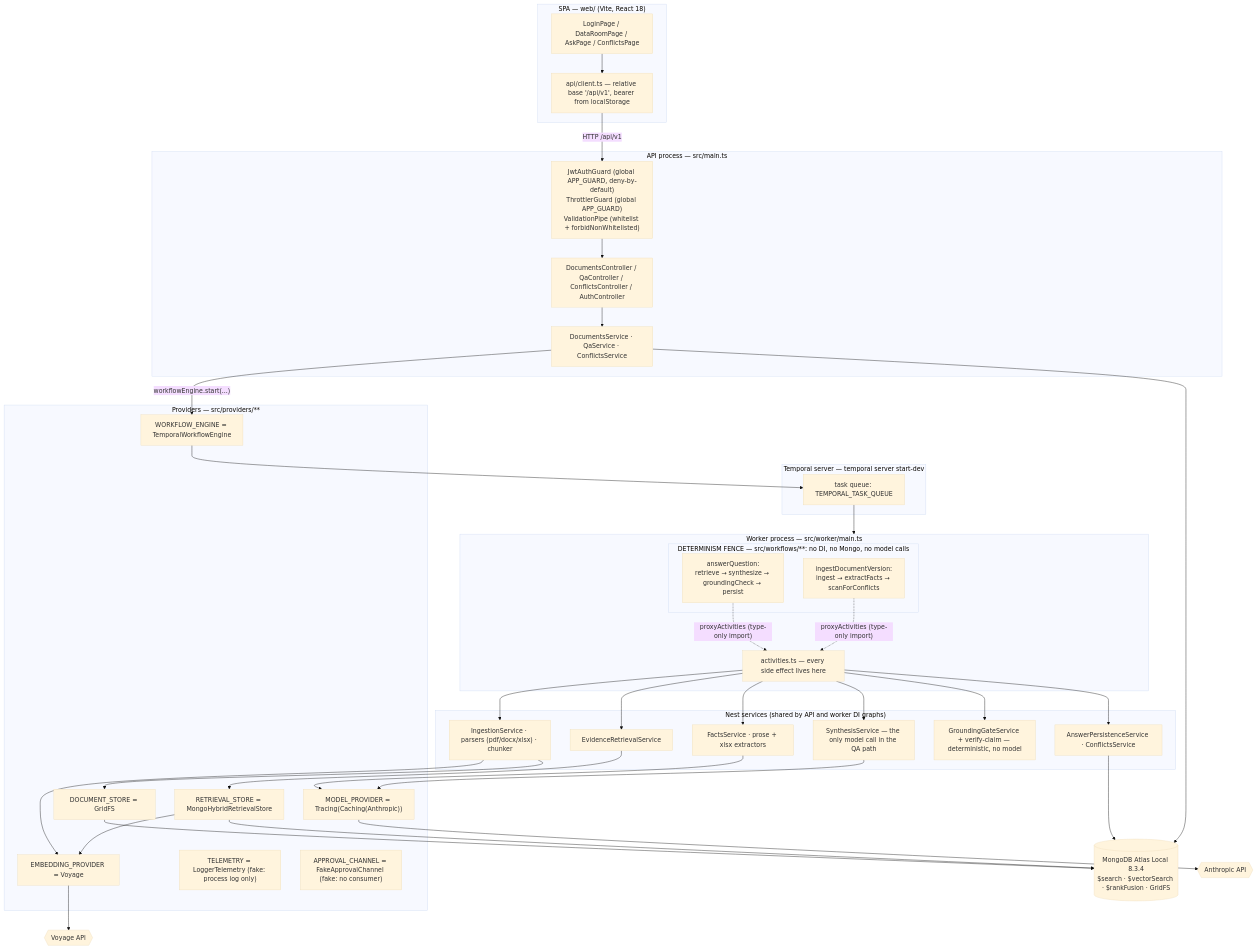
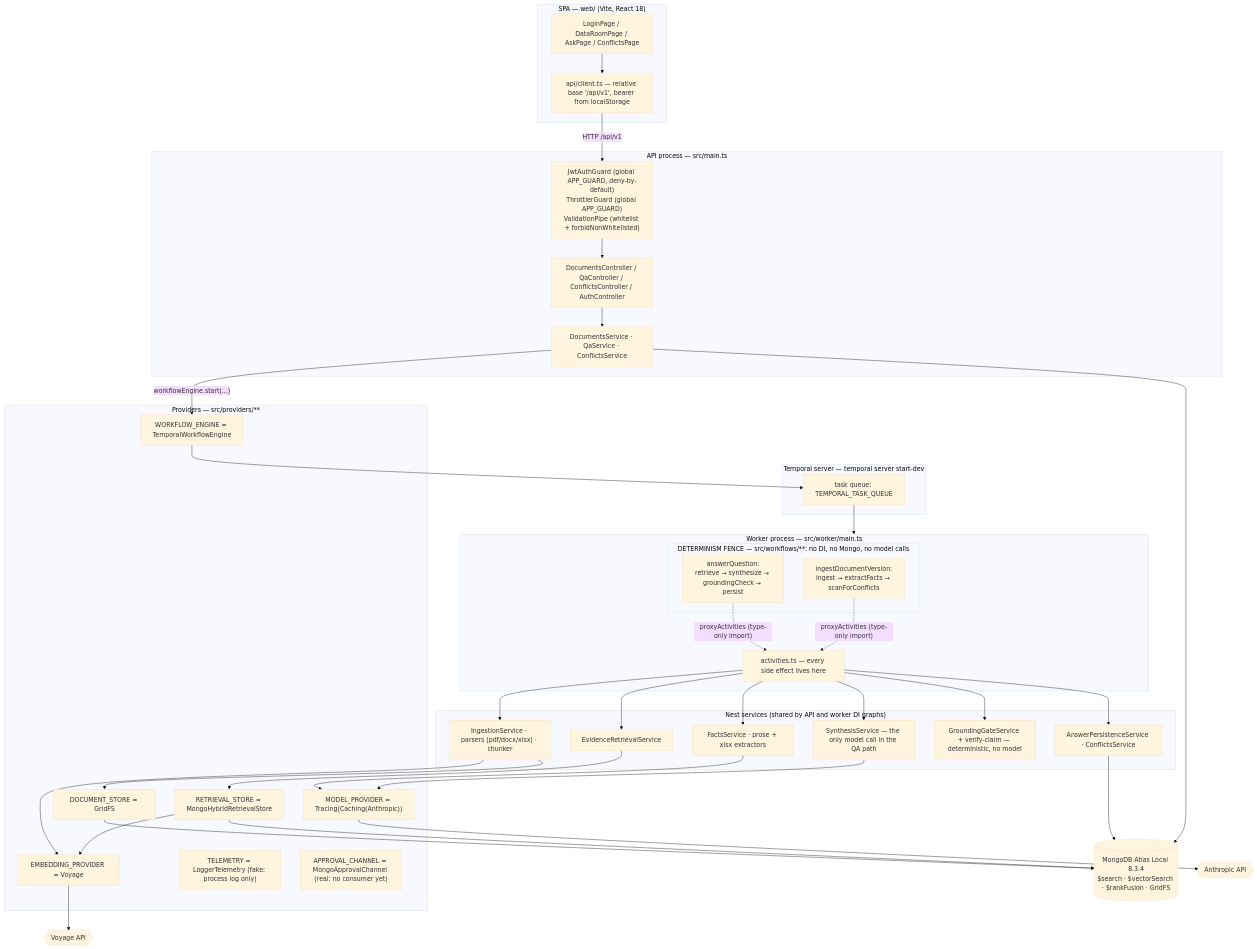
The first of 2 diagrams in docs/architecture.md (DannyTheHippo/evidence-ops), drawn with Mermaid (base theme) before and after one commit. The commit also changed other lines of this file and 8 other files, not shown here.

First line of the commit message:
feat(approvals): give ApprovalChannel a real implementation, and a shape that can work

````diff
--- a/docs/architecture.md
+++ b/docs/architecture.md
@@ -17,70 +17,70 @@
 ```mermaid
 flowchart TB
   subgraph SPA["SPA — web/ (Vite, React 18)"]
     Pages["LoginPage / DataRoomPage / AskPage / ConflictsPage"]
     Client["api/client.ts — relative base '/api/v1', bearer from localStorage"]
     Pages --> Client
   end
 
   subgraph API["API process — src/main.ts"]
     Guards["JwtAuthGuard (global APP_GUARD, deny-by-default)<br/>ThrottlerGuard (global APP_GUARD)<br/>ValidationPipe (whitelist + forbidNonWhitelisted)"]
     Ctrls["DocumentsController / QaController / ConflictsController / AuthController"]
     ApiSvc["DocumentsService · QaService · ConflictsService"]
     Guards --> Ctrls --> ApiSvc
   end
 
   subgraph Temporal["Temporal server — temporal server start-dev"]
     Queue["task queue: TEMPORAL_TASK_QUEUE"]
   end
 
   subgraph Worker["Worker process — src/worker/main.ts"]
     subgraph Det["DETERMINISM FENCE — src/workflows/**: no DI, no Mongo, no model calls"]
       WF1["ingestDocumentVersion:<br/>ingest → extractFacts → scanForConflicts"]
       WF2["answerQuestion:<br/>retrieve → synthesize → groundingCheck → persist"]
     end
     Acts["activities.ts — every side effect lives here"]
     WF1 -. "proxyActivities (type-only import)" .-> Acts
     WF2 -. "proxyActivities (type-only import)" .-> Acts
   end
 
   subgraph Services["Nest services (shared by API and worker DI graphs)"]
     Ing["IngestionService · parsers (pdf/docx/xlsx) · chunker"]
     Facts["FactsService · prose + xlsx extractors"]
     Retr["EvidenceRetrievalService"]
     Syn["SynthesisService — the only model call in the QA path"]
     Gate["GroundingGateService + verify-claim — deterministic, no model"]
     Persist["AnswerPersistenceService · ConflictsService"]
   end
 
   subgraph Providers["Providers — src/providers/**"]
     Model["MODEL_PROVIDER = Tracing(Caching(Anthropic))"]
     Embed["EMBEDDING_PROVIDER = Voyage"]
     Store["RETRIEVAL_STORE = MongoHybridRetrievalStore"]
     Docs["DOCUMENT_STORE = GridFS"]
     Engine["WORKFLOW_ENGINE = TemporalWorkflowEngine"]
     Tel["TELEMETRY = LoggerTelemetry (fake: process log only)"]
-    Appr["APPROVAL_CHANNEL = FakeApprovalChannel (fake: no consumer)"]
+    Appr["APPROVAL_CHANNEL = MongoApprovalChannel (real: no consumer yet)"]
   end
 
   Mongo[("MongoDB Atlas Local 8.3.4<br/>$search · $vectorSearch · $rankFusion · GridFS")]
   Anthropic{{"Anthropic API"}}
   Voyage{{"Voyage API"}}
 
   Client -->|"HTTP /api/v1"| Guards
   ApiSvc -->|"workflowEngine.start(...)"| Engine
   Engine --> Queue
   Queue --> Worker
   Acts --> Ing & Facts & Retr & Syn & Gate & Persist
   Syn --> Model
   Facts --> Model
   Retr --> Store
   Store --> Embed
   Ing --> Embed
   Ing --> Docs
   Model --> Anthropic
   Embed --> Voyage
   Store --> Mongo
   Docs --> Mongo
   ApiSvc --> Mongo
   Persist --> Mongo
 ```
````
